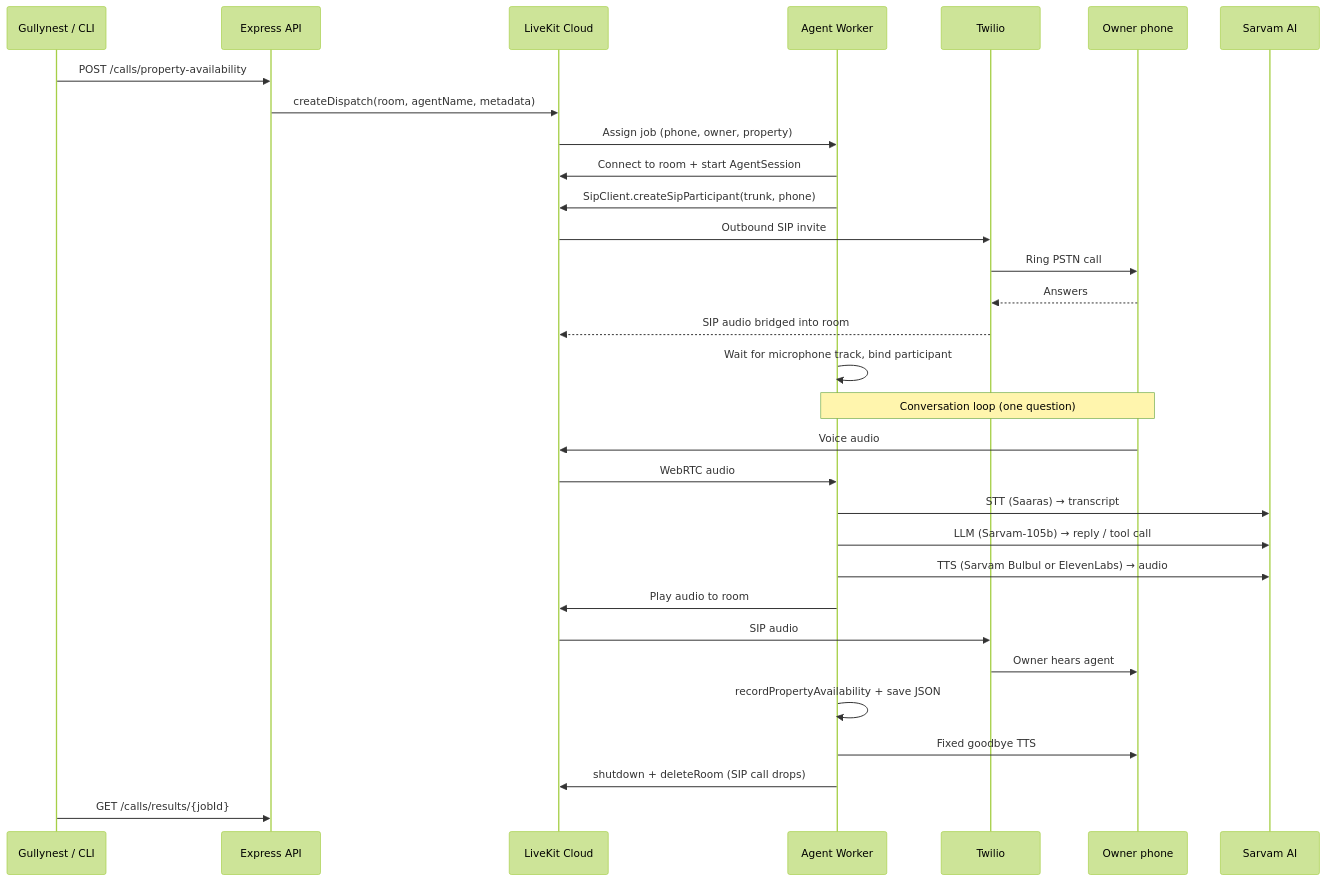
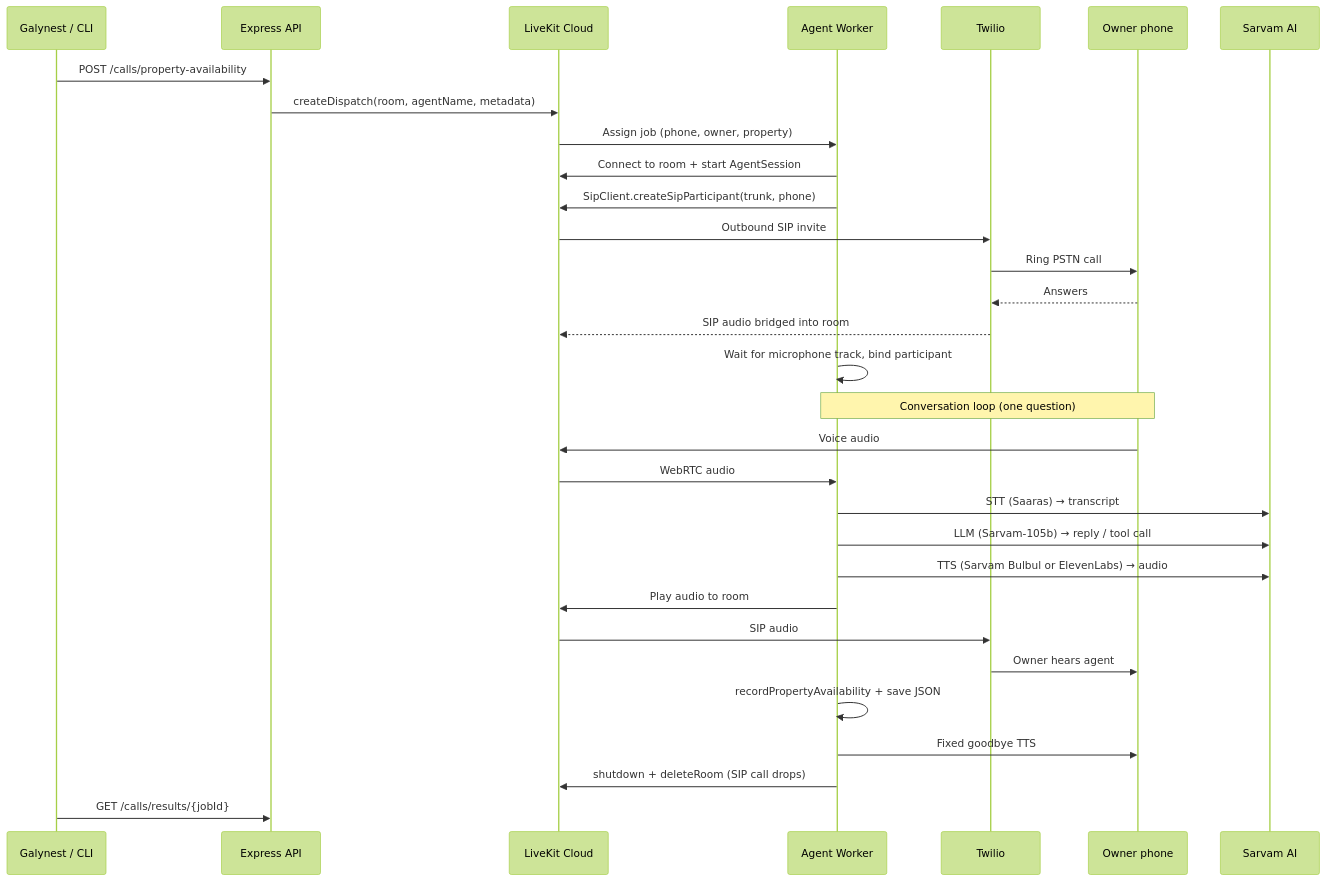
The diagram in README.md (Devanshgoel-123/VoiceAgent), drawn with Mermaid (forest theme) before and after one commit. The commit also changed other lines of this file and 30 other files, not shown here.

````diff
--- a/README.md
+++ b/README.md
@@ -114,36 +114,36 @@
 ```mermaid
 sequenceDiagram
-    participant G as Gullynest / CLI
+    participant G as Galynest / CLI
     participant API as Express API
     participant LK as LiveKit Cloud
     participant W as Agent Worker
     participant TW as Twilio
     participant O as Owner phone
     participant S as Sarvam AI
 
     G->>API: POST /calls/property-availability
     API->>LK: createDispatch(room, agentName, metadata)
     LK->>W: Assign job (phone, owner, property)
     W->>LK: Connect to room + start AgentSession
     W->>LK: SipClient.createSipParticipant(trunk, phone)
     LK->>TW: Outbound SIP invite
     TW->>O: Ring PSTN call
     O-->>TW: Answers
     TW-->>LK: SIP audio bridged into room
     W->>W: Wait for microphone track, bind participant
 
     Note over O,W: Conversation loop (one question)
     O->>LK: Voice audio
     LK->>W: WebRTC audio
     W->>S: STT (Saaras) → transcript
     W->>S: LLM (Sarvam-105b) → reply / tool call
     W->>S: TTS (Sarvam Bulbul or ElevenLabs) → audio
     W->>LK: Play audio to room
     LK->>TW: SIP audio
     TW->>O: Owner hears agent
 
     W->>W: recordPropertyAvailability + save JSON
     W->>O: Fixed goodbye TTS
     W->>LK: shutdown + deleteRoom (SIP call drops)
     G->>API: GET /calls/results/{jobId}
 ```
````
